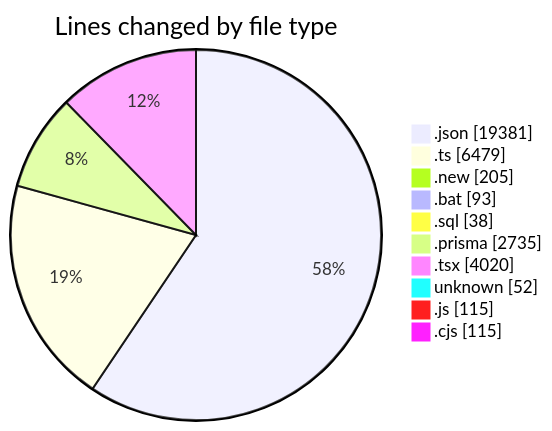
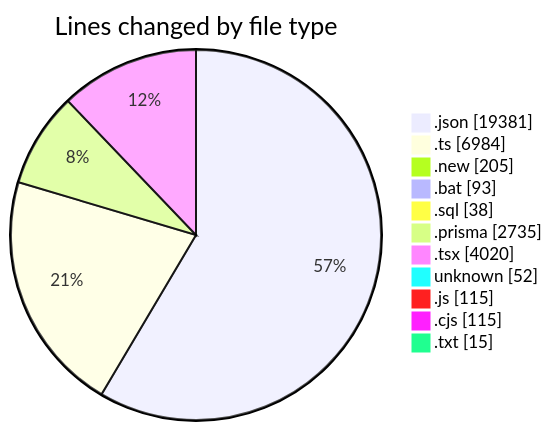
The first of 2 diagrams in 2025-05-20/ecodeli-1/README.md (CELIANVF/code-tracking), drawn with Mermaid before and after one commit. The commit also changed other lines of this file and 1 other file, not shown here.

````diff
--- a/2025-05-20/ecodeli-1/README.md
+++ b/2025-05-20/ecodeli-1/README.md
@@ -76,14 +77,15 @@
 ```mermaid
 pie showData
 title Lines changed by file type
 ".json" : 19381
-".ts" : 6479
+".ts" : 6984
 ".new" : 205
 ".bat" : 93
 ".sql" : 38
 ".prisma" : 2735
 ".tsx" : 4020
 "unknown" : 52
 ".js" : 115
 ".cjs" : 115
+".txt" : 15
 ```
````
